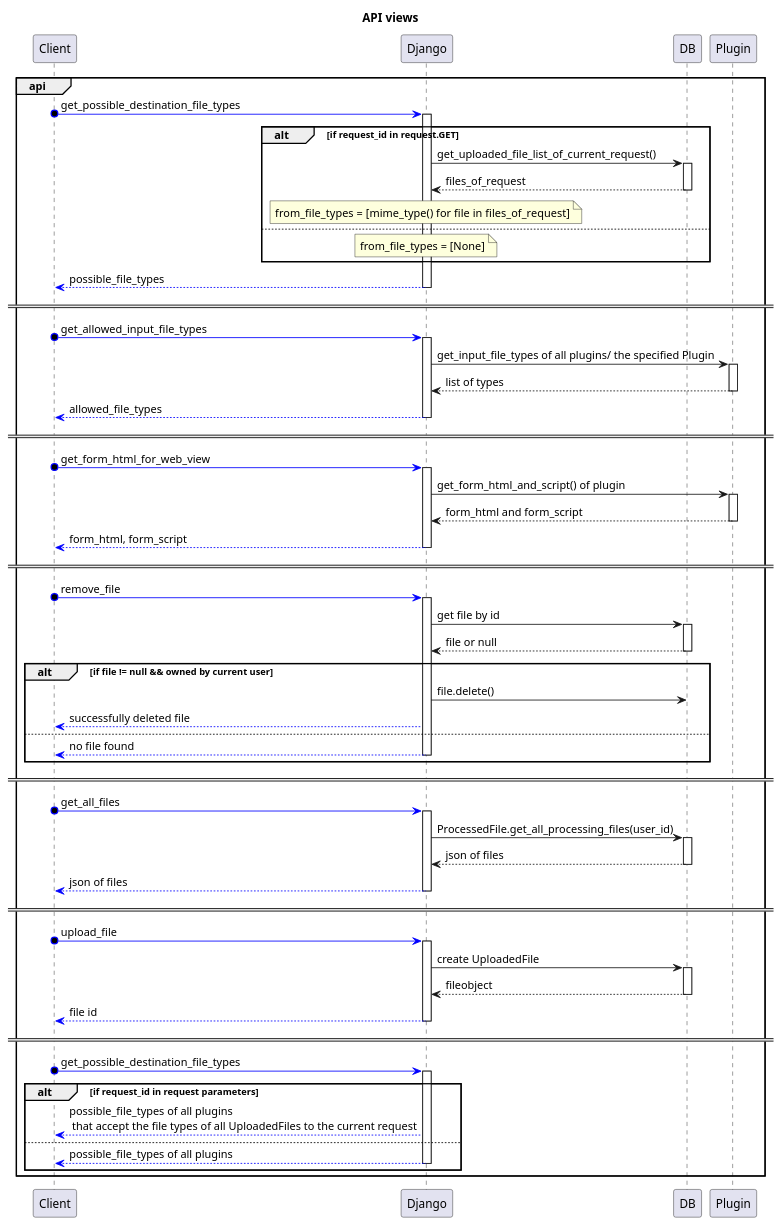
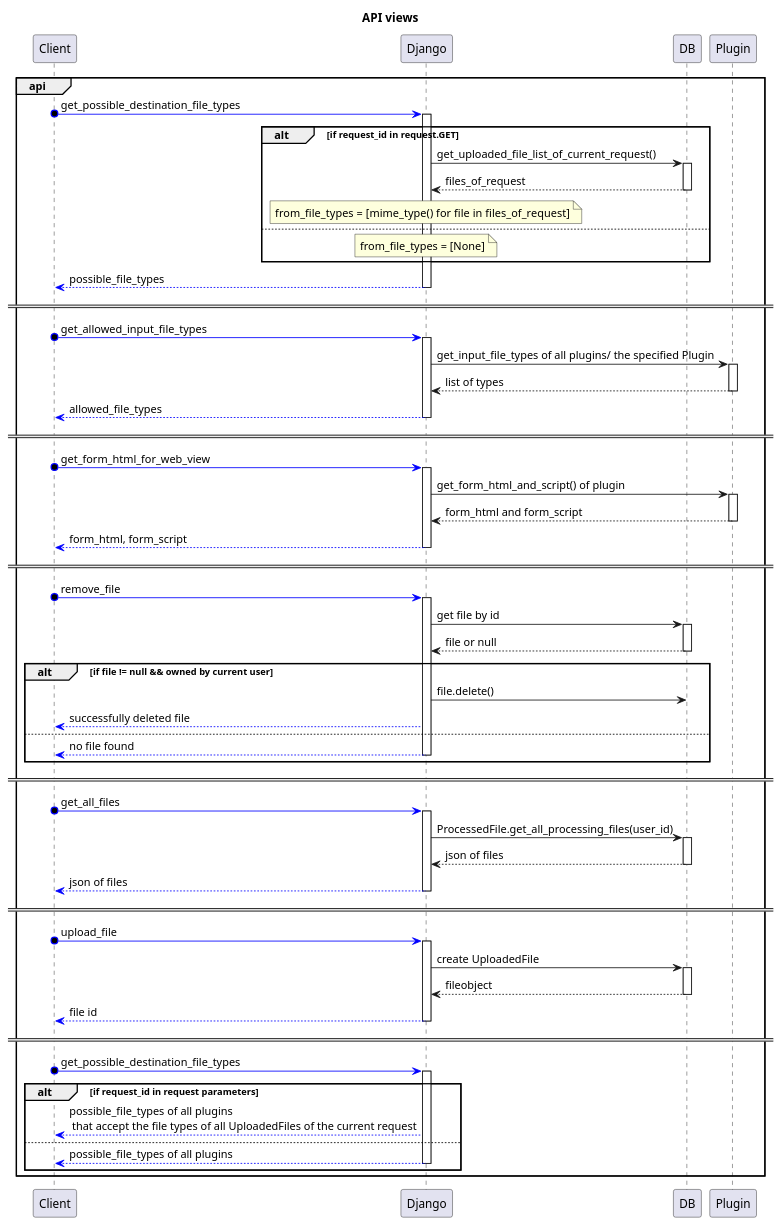
The diagram in documentation/views/django_api.puml (pIlIp-d/PDF-Compressor), drawn with PlantUML before and after one commit.

```diff
--- a/documentation/views/django_api.puml
+++ b/documentation/views/django_api.puml
@@ -1,87 +1,87 @@
 @startuml
 title API views
 
 
 group api
     Client o-[#blue]> Django: get_possible_destination_file_types
     activate Django
         alt if request_id in request.GET
             Django -> DB: get_uploaded_file_list_of_current_request()
             activate DB
             DB --> Django: files_of_request
             deactivate DB
             note over Django: from_file_types =  [mime_type() for file in files_of_request]
         else
             note over Django: from_file_types = [None]
         end
     Django --[#blue]> Client: possible_file_types
     deactivate Django
 ====
     Client o-[#blue]> Django: get_allowed_input_file_types
     activate Django
         Django -> Plugin: get_input_file_types of all plugins/ the specified Plugin
         activate Plugin
         Plugin --> Django: list of types
         deactivate Plugin
         Django --[#blue]> Client: allowed_file_types
     deactivate Django
 
 ====
     Client o-[#blue]> Django: get_form_html_for_web_view
     activate Django
         Django -> Plugin: get_form_html_and_script() of plugin
         activate Plugin
             Plugin --> Django: form_html and form_script
         deactivate Plugin
         Django --[#blue]> Client: form_html, form_script
     deactivate Django
 
     ====
     Client o-[#blue]> Django: remove_file
     activate Django
         Django -> DB: get file by id
         activate DB
             DB --> Django: file or null
         deactivate DB
         alt if file != null && owned by current user
             Django -> DB: file.delete()
             Django -[#blue]-> Client: successfully deleted file
         else
             Django -[#blue]-> Client: no file found
             deactivate Django
        end
 
 ====
     Client o-[#blue]> Django: get_all_files
     activate Django
     Django -> DB: ProcessedFile.get_all_processing_files(user_id)
     activate DB
     DB --> Django: json of files
     deactivate DB
     Django -[#blue]-> Client: json of files
     deactivate Django
 
 ====
     Client o-[#blue]> Django: upload_file
     activate Django
         Django -> DB: create UploadedFile
         activate DB
         DB --> Django: fileobject
         deactivate DB
     Django -[#blue]-> Client: file id
     deactivate Django
 
 ====
     Client o-[#blue]> Django: get_possible_destination_file_types
     activate Django
         alt if request_id in request parameters
-            Django -[#blue]-> Client: possible_file_types of all plugins\n that accept the file types of all UploadedFiles to the current request
+            Django -[#blue]-> Client: possible_file_types of all plugins\n that accept the file types of all UploadedFiles of the current request
         else
             Django -[#blue]-> Client: possible_file_types of all plugins
             deactivate Django
         end
 end
 
 
 
 @enduml
```
